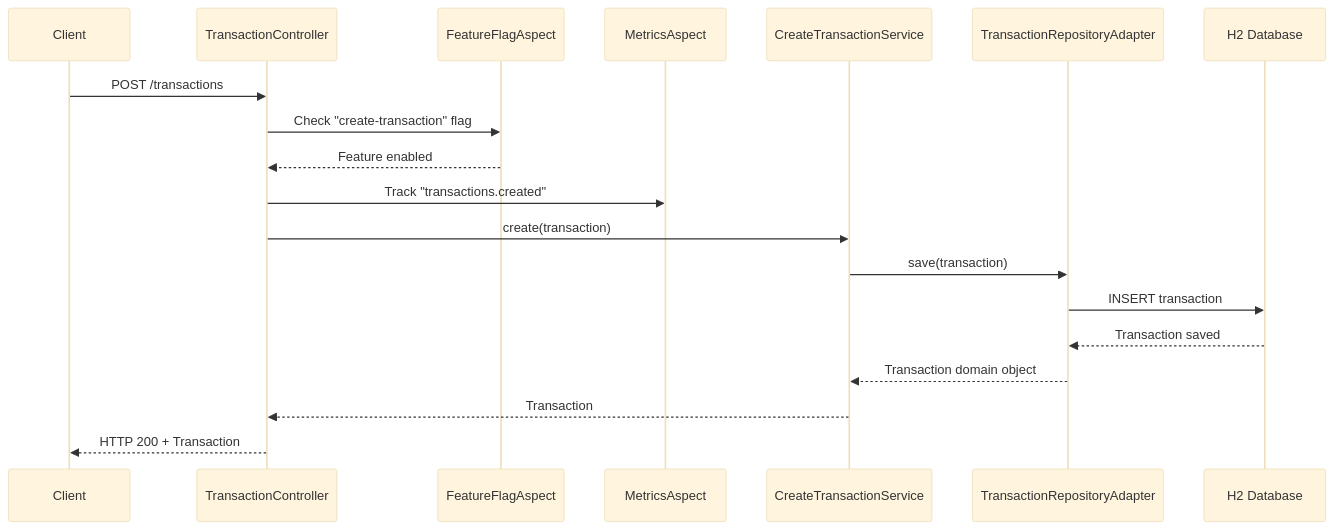
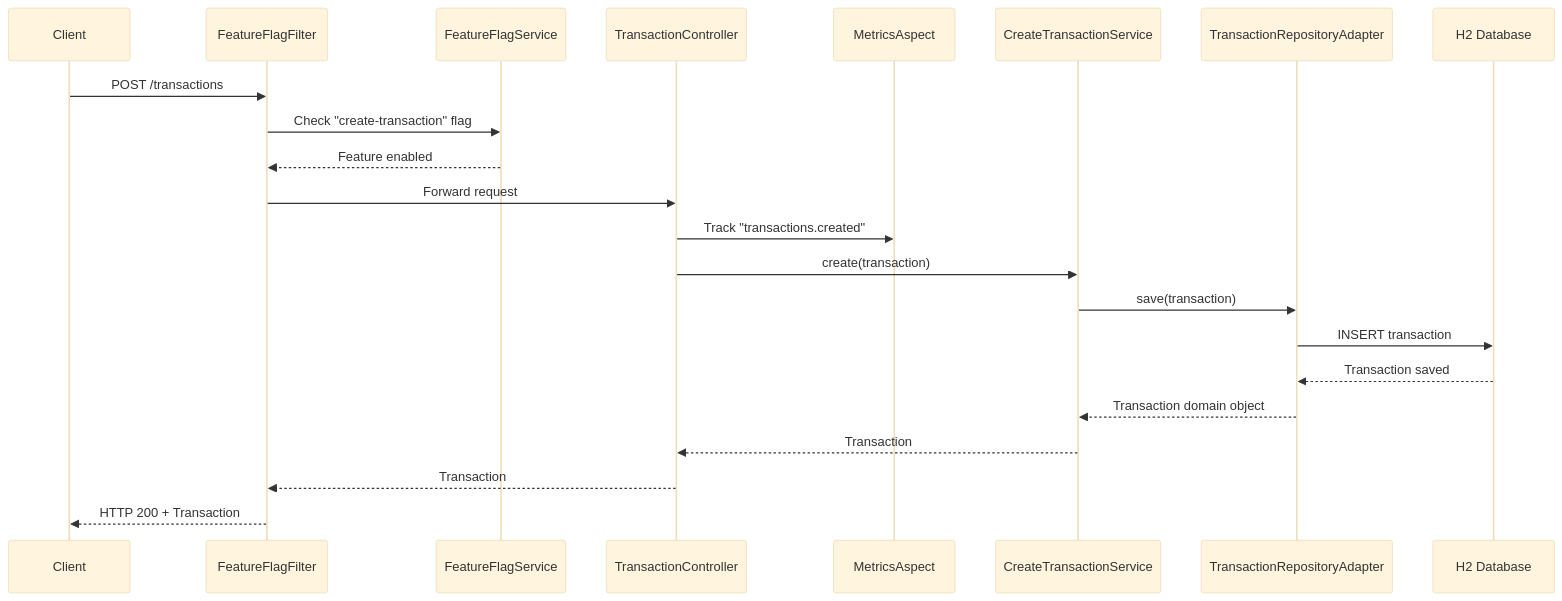
One commit to noyqdave/accounting-ledger-service changed the diagram in docs/diagrams/process-view-creation.mmd. Above: the diagram before and after it, drawn with Mermaid (base theme). The commit also changed 12 other files, not shown here.

First line of the commit message:
Update documentation to reflect filter-based feature flag implementation

```diff
--- a/docs/diagrams/process-view-creation.mmd
+++ b/docs/diagrams/process-view-creation.mmd
@@ -1,20 +1,23 @@
 sequenceDiagram
     participant Client
+    participant Filter as FeatureFlagFilter
+    participant FFS as FeatureFlagService
     participant Controller as TransactionController
-    participant FFA as FeatureFlagAspect
     participant MA as MetricsAspect
     participant Service as CreateTransactionService
     participant Adapter as TransactionRepositoryAdapter
     participant DB as H2 Database
     
-    Client->>Controller: POST /transactions
-    Controller->>FFA: Check "create-transaction" flag
-    FFA-->>Controller: Feature enabled
+    Client->>Filter: POST /transactions
+    Filter->>FFS: Check "create-transaction" flag
+    FFS-->>Filter: Feature enabled
+    Filter->>Controller: Forward request
     Controller->>MA: Track "transactions.created"
     Controller->>Service: create(transaction)
     Service->>Adapter: save(transaction)
     Adapter->>DB: INSERT transaction
     DB-->>Adapter: Transaction saved
     Adapter-->>Service: Transaction domain object
     Service-->>Controller: Transaction
-    Controller-->>Client: HTTP 200 + Transaction
+    Controller-->>Filter: Transaction
+    Filter-->>Client: HTTP 200 + Transaction
```
